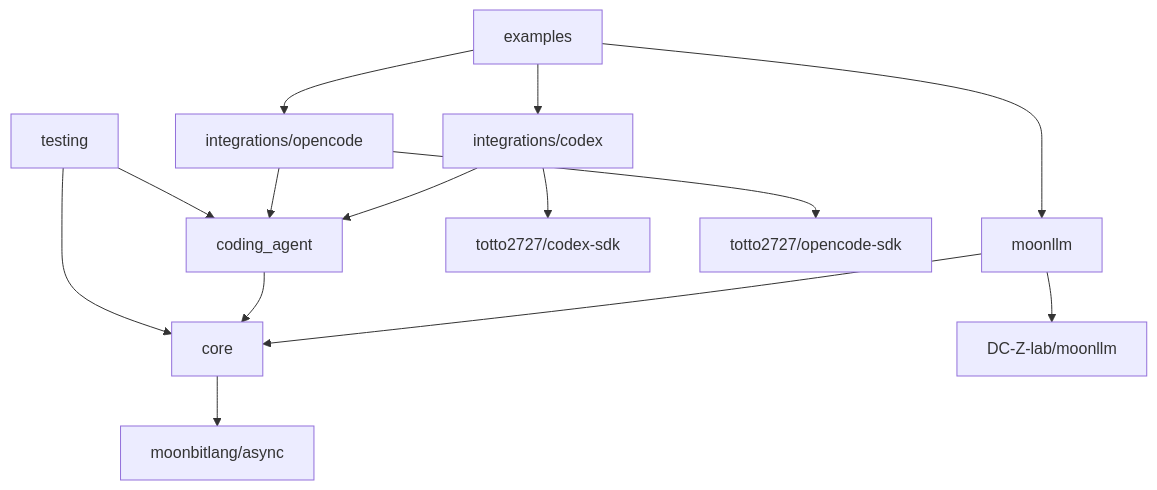
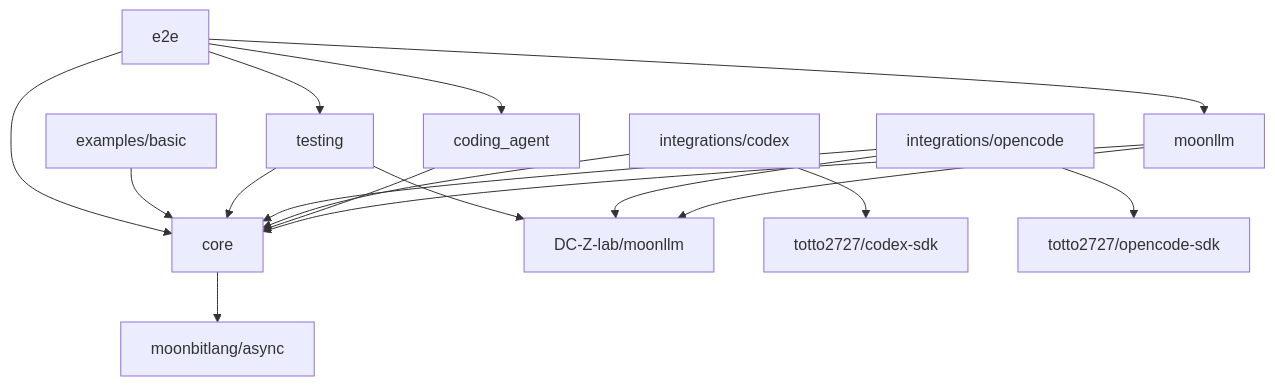
The first of 2 diagrams in mbt/package/moon-agent-graph/docs/implementation-plan.md (totto2727-org/monorepo), drawn with Mermaid before and after one commit. The commit also changed other lines of this file and 11 other files, not shown here.

Commit message:
docs(moon-agent-graph): finalize runtime guide

````diff
--- a/mbt/package/moon-agent-graph/docs/implementation-plan.md
+++ b/mbt/package/moon-agent-graph/docs/implementation-plan.md
@@ -55,16 +53,19 @@
 ```mermaid
 flowchart TD
   Core["core"] --> Async["moonbitlang/async"]
   MoonLLMNode["moonllm"] --> Core
   MoonLLMNode --> MoonLLMSDK["DC-Z-lab/moonllm"]
   Agent["coding_agent"] --> Core
-  Codex["integrations/codex"] --> Agent
+  Codex["integrations/codex"] --> Core
   Codex --> CodexSDK["totto2727/codex-sdk"]
-  OpenCode["integrations/opencode"] --> Agent
+  OpenCode["integrations/opencode"] --> Core
   OpenCode --> OpenCodeSDK["totto2727/opencode-sdk"]
+  OpenCode --> MoonLLMSDK
   Testing["testing"] --> Core
-  Testing --> Agent
-  Examples["examples"] --> MoonLLMNode
-  Examples --> Codex
-  Examples --> OpenCode
+  Testing --> MoonLLMSDK
+  Basic["examples/basic"] --> Core
+  E2E["e2e"] --> Core
+  E2E --> MoonLLMNode
+  E2E --> Agent
+  E2E --> Testing
 ```
````
